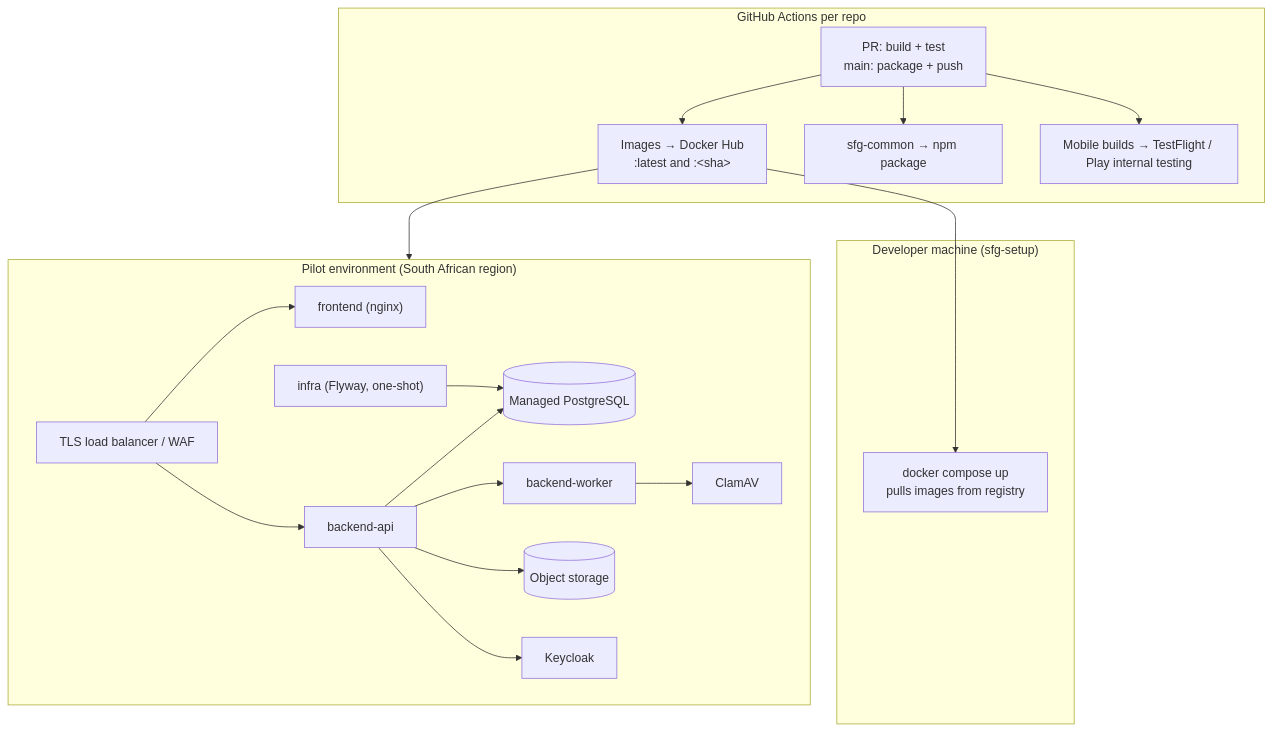
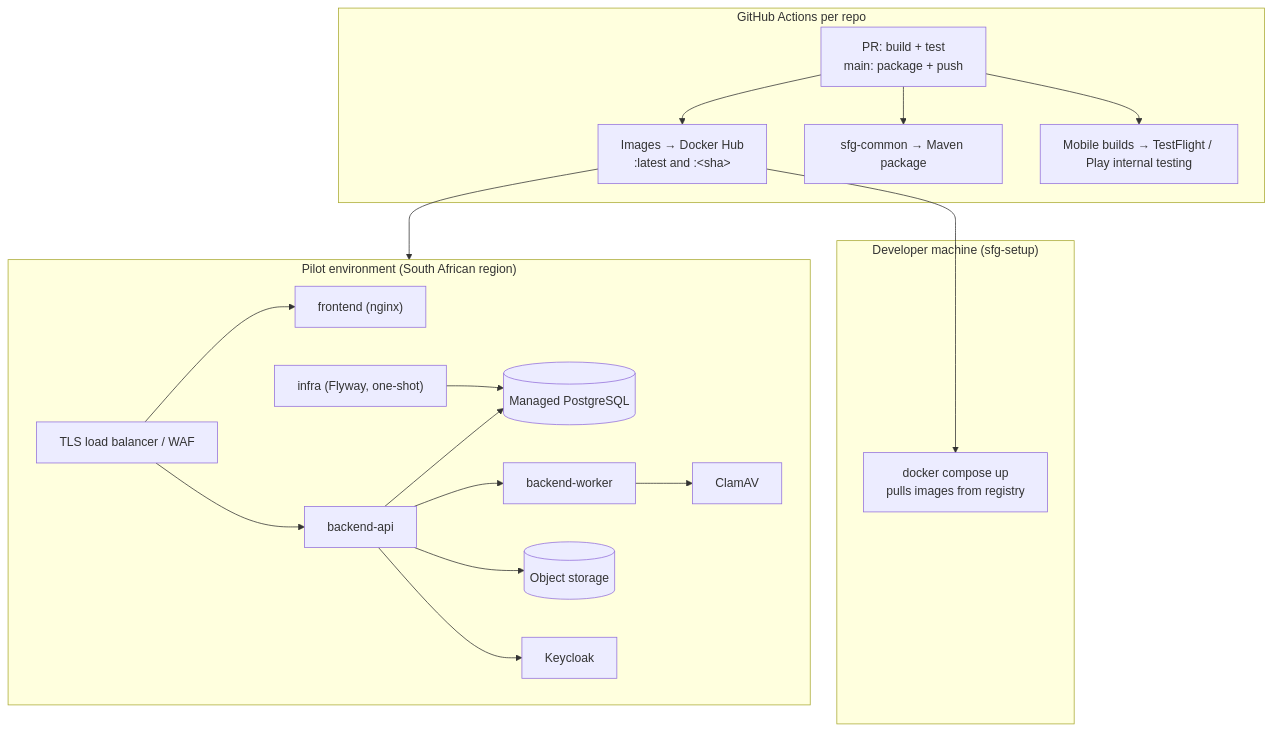
Before and after one commit to sdebie/sfg-parent: the fifth of 5 diagrams in docs/high-level-design.md, drawn with Mermaid. The commit also changed other lines of this file and 1 other file, not shown here.

First line of the commit message:
HLD: sfg-common is the shared Java data library (answers Q8)

````diff
--- a/docs/high-level-design.md
+++ b/docs/high-level-design.md
@@ -408,23 +411,23 @@
 ```mermaid
 flowchart TB
   subgraph Dev["Developer machine (sfg-setup)"]
     DC["docker compose up<br/>pulls images from registry"]
   end
   subgraph CI["GitHub Actions per repo"]
     B["PR: build + test<br/>main: package + push"] --> IMG["Images → Docker Hub<br/>:latest and :&lt;sha&gt;"]
-    B --> NPM["sfg-common → npm package"]
+    B --> MVN["sfg-common → Maven package"]
     B --> APP["Mobile builds → TestFlight / Play internal testing"]
   end
   subgraph Pilot["Pilot environment (South African region)"]
     LB["TLS load balancer / WAF"] --> FE["frontend (nginx)"]
     MG["infra (Flyway, one-shot)"] --> PG
     LB --> BE["backend-api"]
     BE --> WK["backend-worker"]
     BE --> PG[("Managed PostgreSQL")]
     BE --> S3[("Object storage")]
     BE --> KC["Keycloak"]
     WK --> CL["ClamAV"]
   end
   IMG --> DC
   IMG --> Pilot
 ```
````
